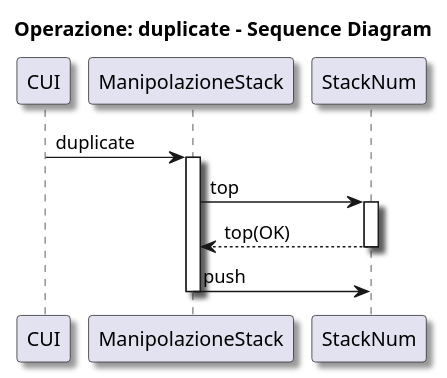
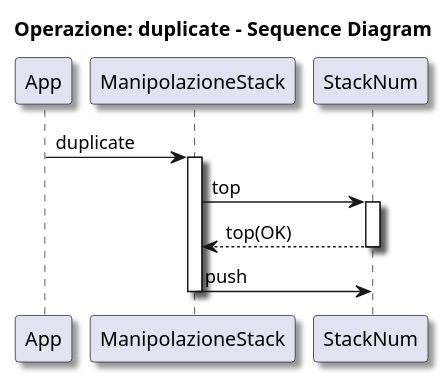
The diagram in CalcolatriceProgrammabile/Diagrams/Sequence Diagrams/SequenceStackHandling.puml (LuciaNancyLavista/Gruppo06_software_eng_L.I.V.P), drawn with PlantUML before and after one commit. The commit also changed 6 other files, not shown here.

First line of the commit message:
Update Diagrams

```diff
--- a/CalcolatriceProgrammabile/Diagrams/Sequence Diagrams/SequenceStackHandling.puml
+++ b/CalcolatriceProgrammabile/Diagrams/Sequence Diagrams/SequenceStackHandling.puml
@@ -1,16 +1,16 @@
 @startuml 
 
 skinparam Shadowing true
 
 title Operazione: duplicate - Sequence Diagram
 
-CUI -> ManipolazioneStack: duplicate
+App -> ManipolazioneStack: duplicate
 activate ManipolazioneStack
 ManipolazioneStack -> StackNum: top
 activate StackNum
 StackNum --> ManipolazioneStack: top(OK)
 deactivate StackNum
 ManipolazioneStack -> StackNum : push
 deactivate ManipolazioneStack
 '!include ../../plantuml-styles/ae-copyright-footer.txt
 @endumlperazione
```
